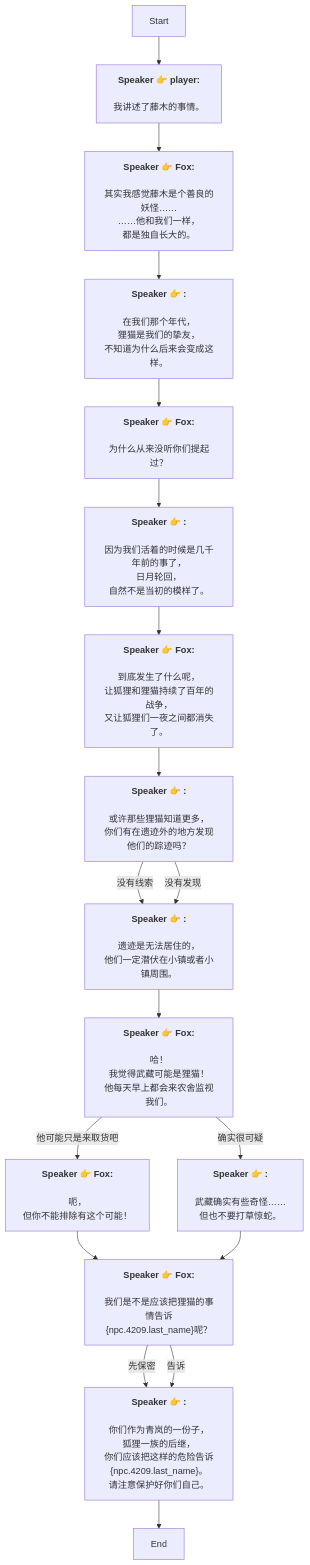
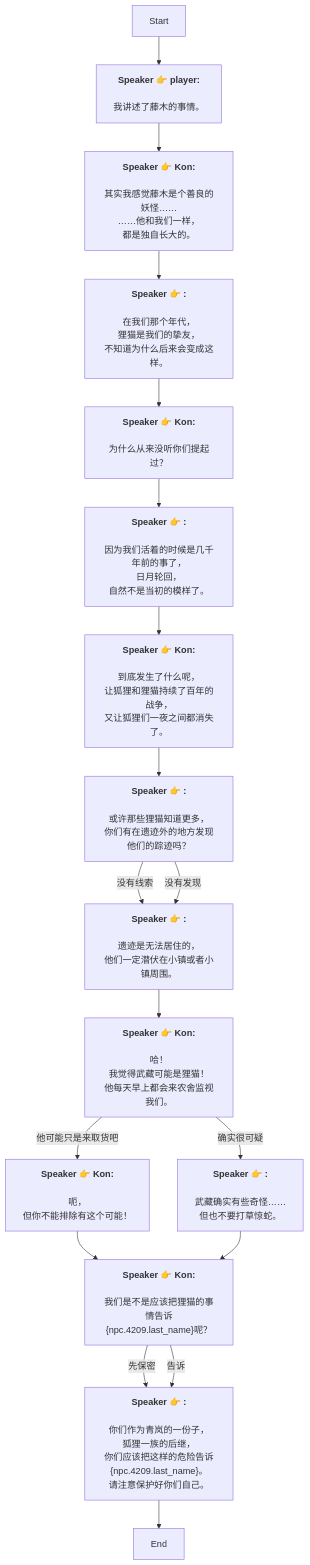
One commit to SoftHu/tos_avg changed the diagram in Zh/FoxShrine.md. Above: the diagram before and after it, drawn with Mermaid. The commit also changed 730 other files, not shown here.

````diff
--- a/Zh/FoxShrine.md
+++ b/Zh/FoxShrine.md
@@ -1,56 +1,56 @@
 ```mermaid
 graph
 Start -->1761914154096955[<b>Speaker 👉 player:</b>
 \n我讲述了藤木的事情。]
-1761914154096955 -->1761914208560445[<b>Speaker 👉 Fox:</b>
+1761914154096955 -->1761914208560445[<b>Speaker 👉 Kon:</b>
 \n其实我感觉藤木是个善良的妖怪……
 ……他和我们一样，
 都是独自长大的。]
 1761914208560445 -->1761914176858428[<b>Speaker 👉 :</b>
 \n在我们那个年代，
 狸猫是我们的挚友，
 不知道为什么后来会变成这样。]
-1761914176858428 -->1761914238160190[<b>Speaker 👉 Fox:</b>
+1761914176858428 -->1761914238160190[<b>Speaker 👉 Kon:</b>
 \n为什么从来没听你们提起过？]
 1761914238160190 -->1761914250049855[<b>Speaker 👉 :</b>
 \n因为我们活着的时候是几千年前的事了，
 日月轮回，
 自然不是当初的模样了。]
-1761914250049855 -->1761914266264896[<b>Speaker 👉 Fox:</b>
+1761914250049855 -->1761914266264896[<b>Speaker 👉 Kon:</b>
 \n到底发生了什么呢，
 让狐狸和狸猫持续了百年的战争，
 又让狐狸们一夜之间都消失了。]
 1761914266264896 -->1761914284779841[<b>Speaker 👉 :</b>
 \n或许那些狸猫知道更多，
 你们有在遗迹外的地方发现他们的踪迹吗？]
 1761914284779841 -->|没有线索|1761914321836360[<b>Speaker 👉 :</b>
 \n遗迹是无法居住的，
 他们一定潜伏在小镇或者小镇周围。]
 1761914284779841 -->|没有发现|1761914321836360[<b>Speaker 👉 :</b>
 \n遗迹是无法居住的，
 他们一定潜伏在小镇或者小镇周围。]
-1761914321836360 -->1761914336786761[<b>Speaker 👉 Fox:</b>
+1761914321836360 -->1761914336786761[<b>Speaker 👉 Kon:</b>
 \n哈！
 我觉得武藏可能是狸猫！
 他每天早上都会来农舍监视我们。]
+1761914336786761 -->|他可能只是来取货吧|1761914365450575[<b>Speaker 👉 Kon:</b>
+\n呃，
+但你不能排除有这个可能！]
 1761914336786761 -->|确实很可疑|1761914443819346[<b>Speaker 👉 :</b>
 \n武藏确实有些奇怪……
 但也不要打草惊蛇。]
-1761914336786761 -->|他可能只是来取货吧|1761914365450575[<b>Speaker 👉 Fox:</b>
-\n呃，
-但你不能排除有这个可能！]
-1761914365450575 -->1761914371688784[<b>Speaker 👉 Fox:</b>
+1761914365450575 -->1761914371688784[<b>Speaker 👉 Kon:</b>
 \n我们是不是应该把狸猫的事情告诉&lbrace;npc.4209.last_name&rbrace;呢？]
 1761914371688784 -->|先保密|1761914485231961[<b>Speaker 👉 :</b>
 \n你们作为青岚的一份子，
 狐狸一族的后继，
 你们应该把这样的危险告诉&lbrace;npc.4209.last_name&rbrace;。\n请注意保护好你们自己。]
 1761914371688784 -->|告诉|1761914485231961[<b>Speaker 👉 :</b>
 \n你们作为青岚的一份子，
 狐狸一族的后继，
 你们应该把这样的危险告诉&lbrace;npc.4209.last_name&rbrace;。\n请注意保护好你们自己。]
 1761914485231961 -->1761914621797722[End]
-1761914443819346 -->1761914371688784[<b>Speaker 👉 Fox:</b>
+1761914443819346 -->1761914371688784[<b>Speaker 👉 Kon:</b>
 \n我们是不是应该把狸猫的事情告诉&lbrace;npc.4209.last_name&rbrace;呢？]
 
 ```
````
